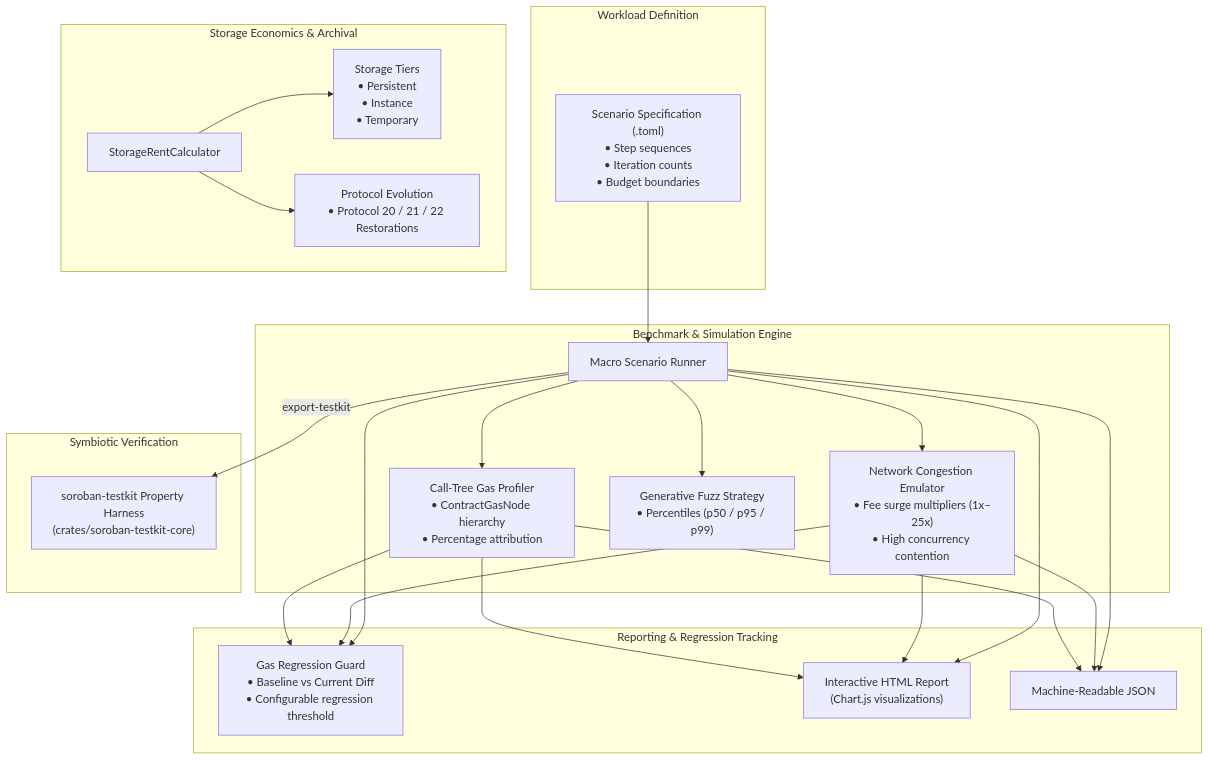
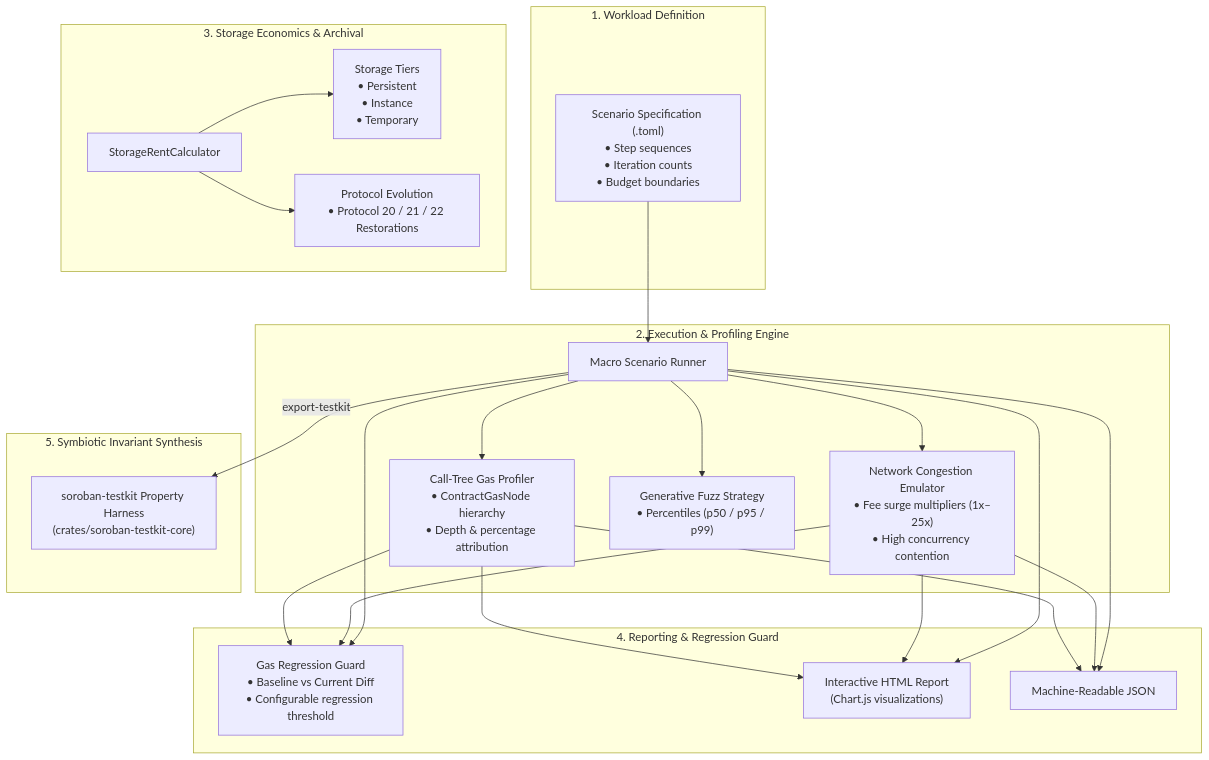
One commit to stellar-crucible/soroban-bench changed the diagram in README.md. Above: the diagram before and after it, drawn with Mermaid. The commit also changed other lines of this file and 1 other file, not shown here.

````diff
--- a/README.md
+++ b/README.md
@@ -23,33 +34,33 @@
 ```mermaid
 flowchart TD
-    subgraph Workload["Workload Definition"]
+    subgraph Workload["1. Workload Definition"]
         TOML["Scenario Specification (.toml)\n• Step sequences\n• Iteration counts\n• Budget boundaries"]
     end
 
-    subgraph Engine["Benchmark & Simulation Engine"]
+    subgraph Engine["2. Execution & Profiling Engine"]
         RUN["Macro Scenario Runner"]
         CONG["Network Congestion Emulator\n• Fee surge multipliers (1x–25x)\n• High concurrency contention"]
-        PROF["Call-Tree Gas Profiler\n• ContractGasNode hierarchy\n• Percentage attribution"]
+        PROF["Call-Tree Gas Profiler\n• ContractGasNode hierarchy\n• Depth & percentage attribution"]
         FUZZ["Generative Fuzz Strategy\n• Percentiles (p50 / p95 / p99)"]
         TOML --> RUN --> PROF & CONG & FUZZ
     end
 
-    subgraph Economics["Storage Economics & Archival"]
+    subgraph Economics["3. Storage Economics & Archival"]
         RENT["StorageRentCalculator"]
         TIERS["Storage Tiers\n• Persistent\n• Instance\n• Temporary"]
         PROTO["Protocol Evolution\n• Protocol 20 / 21 / 22 Restorations"]
         RENT --> TIERS & PROTO
     end
 
-    subgraph Output["Reporting & Regression Tracking"]
+    subgraph Output["4. Reporting & Regression Guard"]
         DIFF["Gas Regression Guard\n• Baseline vs Current Diff\n• Configurable regression threshold"]
         HTML["Interactive HTML Report\n(Chart.js visualizations)"]
         JSON["Machine-Readable JSON"]
         PROF & CONG & RUN --> DIFF & HTML & JSON
     end
 
-    subgraph Symbiosis["Symbiotic Verification"]
+    subgraph Symbiosis["5. Symbiotic Invariant Synthesis"]
         TESTKIT["soroban-testkit Property Harness\n(crates/soroban-testkit-core)"]
         RUN -->|export-testkit| TESTKIT
     end
 ```
````
